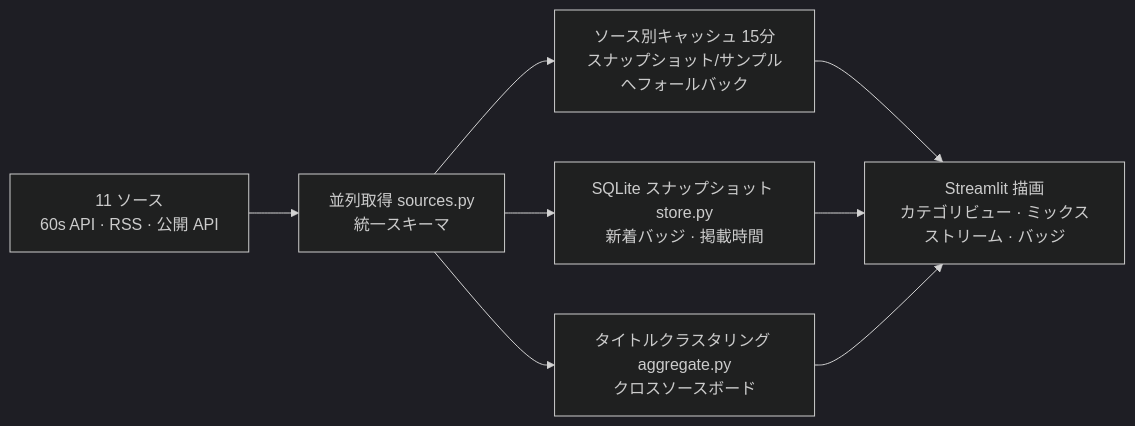
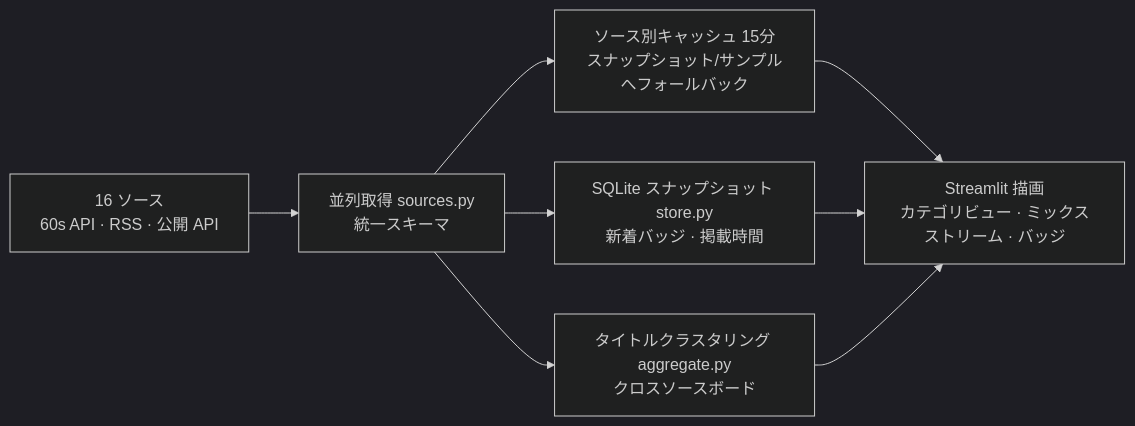
The diagram in README.ja-JP.md (Mocas-12/baiduhotsearch), drawn with Mermaid (dark theme) before and after one commit. The commit also changed other lines of this file and 4 other files, not shown here.

````diff
--- a/README.ja-JP.md
+++ b/README.ja-JP.md
@@ -74,10 +76,10 @@
 ```mermaid
 flowchart LR
-    A[11 ソース<br/>60s API · RSS · 公開 API] --> B[並列取得 sources.py<br/>統一スキーマ]
+    A[16 ソース<br/>60s API · RSS · 公開 API] --> B[並列取得 sources.py<br/>統一スキーマ]
     B --> C[ソース別キャッシュ 15分<br/>スナップショット/サンプルへフォールバック]
     B --> D[SQLite スナップショット store.py<br/>新着バッジ · 掲載時間]
     B --> E[タイトルクラスタリング aggregate.py<br/>クロスソースボード]
     C --> F[Streamlit 描画<br/>カテゴリビュー · ミックスストリーム · バッジ]
     D --> F
     E --> F
 ```
````
